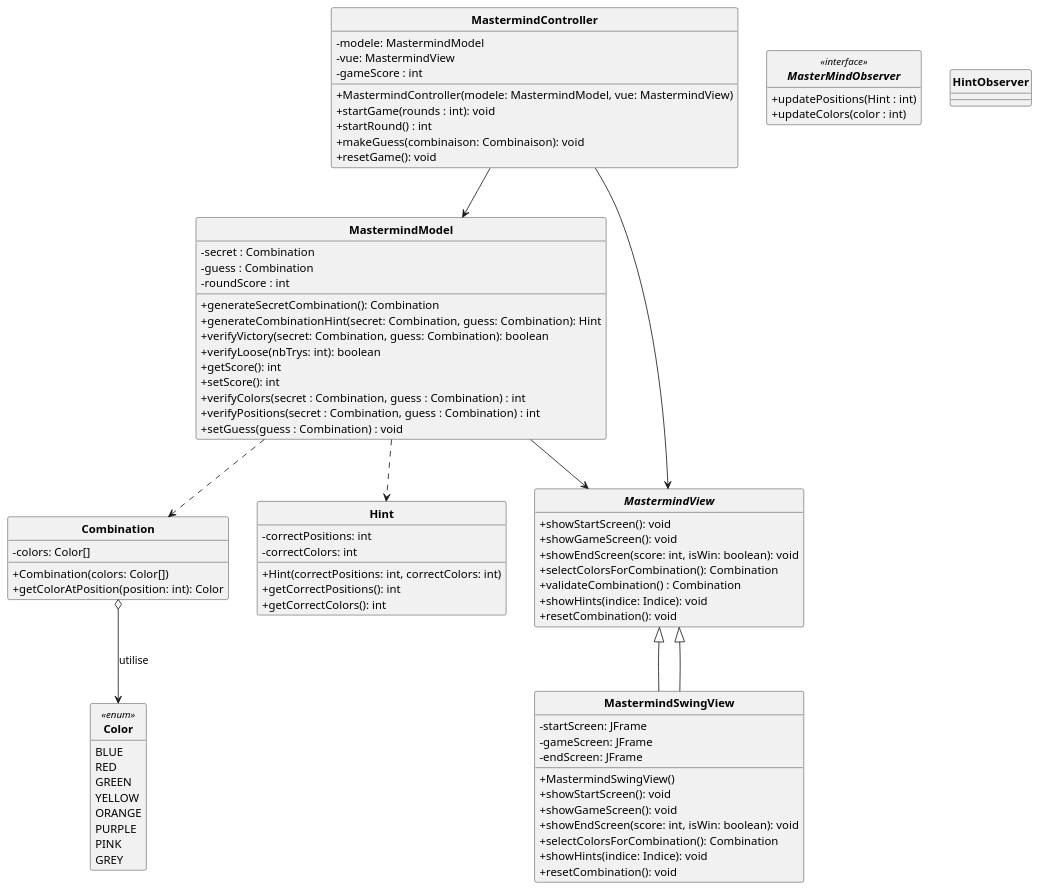
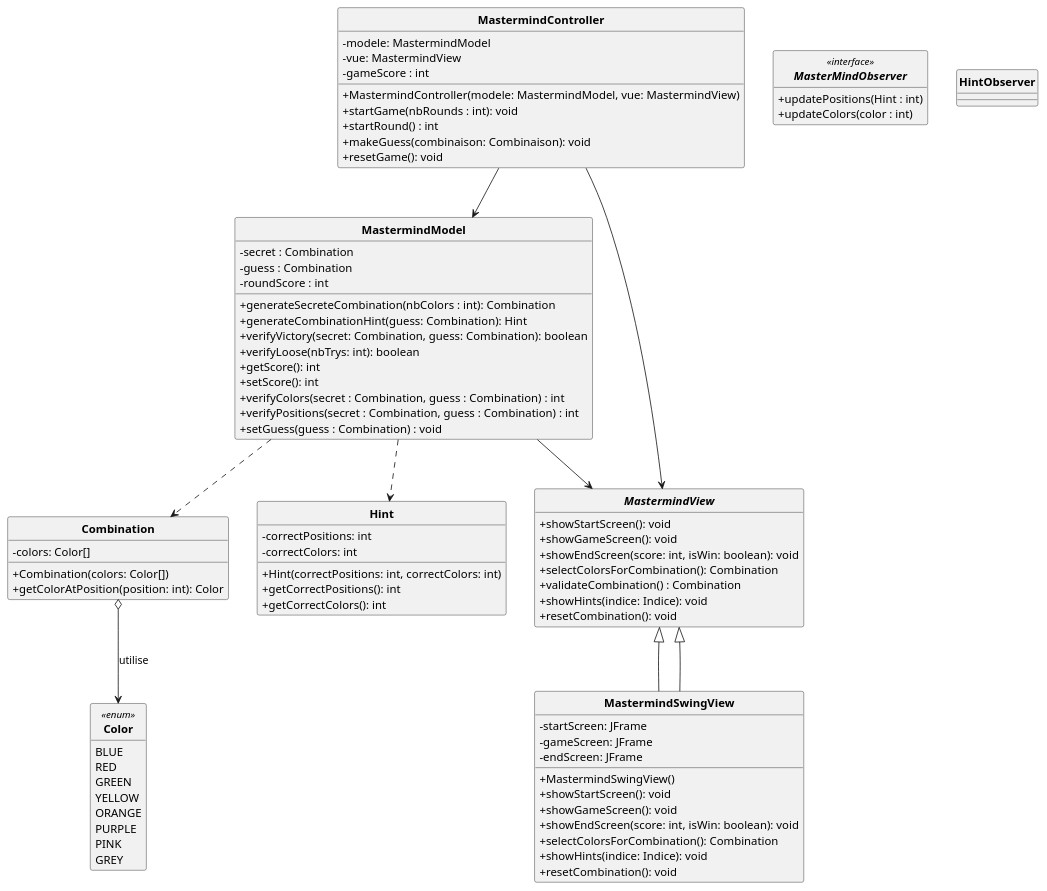
The diagram in DCC.puml (Taijin4/Mastermind), drawn with PlantUML before and after one commit. The commit also changed 2 other files, not shown here.

```diff
--- a/DCC.puml
+++ b/DCC.puml
@@ -1,101 +1,101 @@
 @startuml
 
 skinparam style strictuml
 skinparam classAttributeIconSize 0
 skinparam classFontStyle Bold
 hide enum methods
 hide interface attributes
 
 class MastermindModel {
     - secret : Combination
     - guess : Combination
     - roundScore : int
-    + generateSecretCombination(): Combination
-    + generateCombinationHint(secret: Combination, guess: Combination): Hint
+    + generateSecreteCombination(nbColors : int): Combination
+    + generateCombinationHint(guess: Combination): Hint
     + verifyVictory(secret: Combination, guess: Combination): boolean
     + verifyLoose(nbTrys: int): boolean
     + getScore(): int
     + setScore(): int
     + verifyColors(secret : Combination, guess : Combination) : int
     + verifyPositions(secret : Combination, guess : Combination) : int
     + setGuess(guess : Combination) : void
 }
 
 class Combination {
     - colors: Color[]
     + Combination(colors: Color[])
     + getColorAtPosition(position: int): Color
 }
 
 interface MasterMindObserver <<interface>>{
     + updatePositions(Hint : int)
     + updateColors(color : int)
     +
 }
 
 enum Color <<enum>>{
     BLUE
     RED
     GREEN
     YELLOW
     ORANGE
     PURPLE
     PINK
     GREY
 }
 
 class HintObserver{
 
 }
 
 class Hint {
     - correctPositions: int
     - correctColors: int
     + Hint(correctPositions: int, correctColors: int)
     + getCorrectPositions(): int
     + getCorrectColors(): int
 }
 
 interface MastermindView {
     + showStartScreen(): void
     + showGameScreen(): void
     + showEndScreen(score: int, isWin: boolean): void
     + selectColorsForCombination(): Combination
     + validateCombination() : Combination
     + showHints(indice: Indice): void
     + resetCombination(): void
 }
 
 class MastermindSwingView extends MastermindView{
     - startScreen: JFrame
     - gameScreen: JFrame
     - endScreen: JFrame
     + MastermindSwingView()
     + showStartScreen(): void
     + showGameScreen(): void
     + showEndScreen(score: int, isWin: boolean): void
     + selectColorsForCombination(): Combination
     + showHints(indice: Indice): void
     + resetCombination(): void
 }
 
 class MastermindController {
     - modele: MastermindModel
     - vue: MastermindView
     - gameScore : int
     + MastermindController(modele: MastermindModel, vue: MastermindView)
-    + startGame(rounds : int): void
+    + startGame(nbRounds : int): void
     + startRound() : int
     + makeGuess(combinaison: Combinaison): void
     + resetGame(): void
 }
 
 MastermindModel ..> Combination
 MastermindModel ..> Hint
 MastermindModel --> MastermindView
 MastermindView <|-- MastermindSwingView
 MastermindController --> MastermindModel
 MastermindController --> MastermindView
 Combination o--> Color : utilise
 
 @enduml
```
